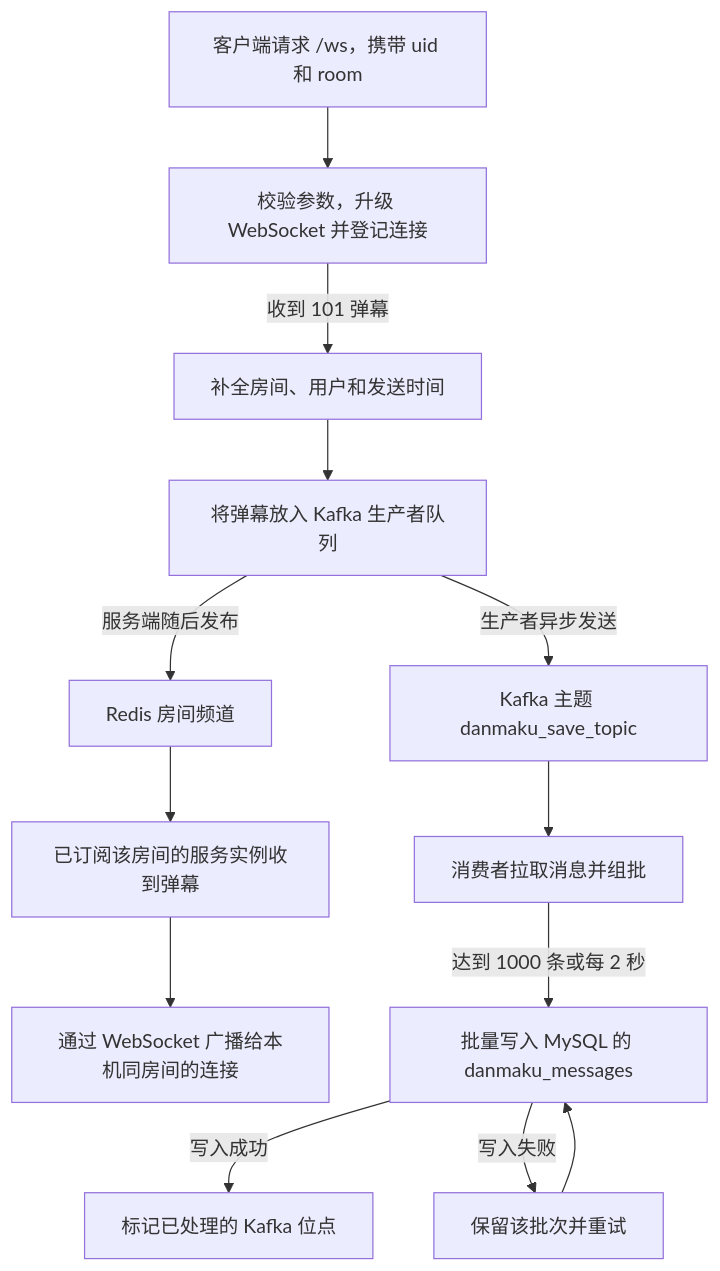
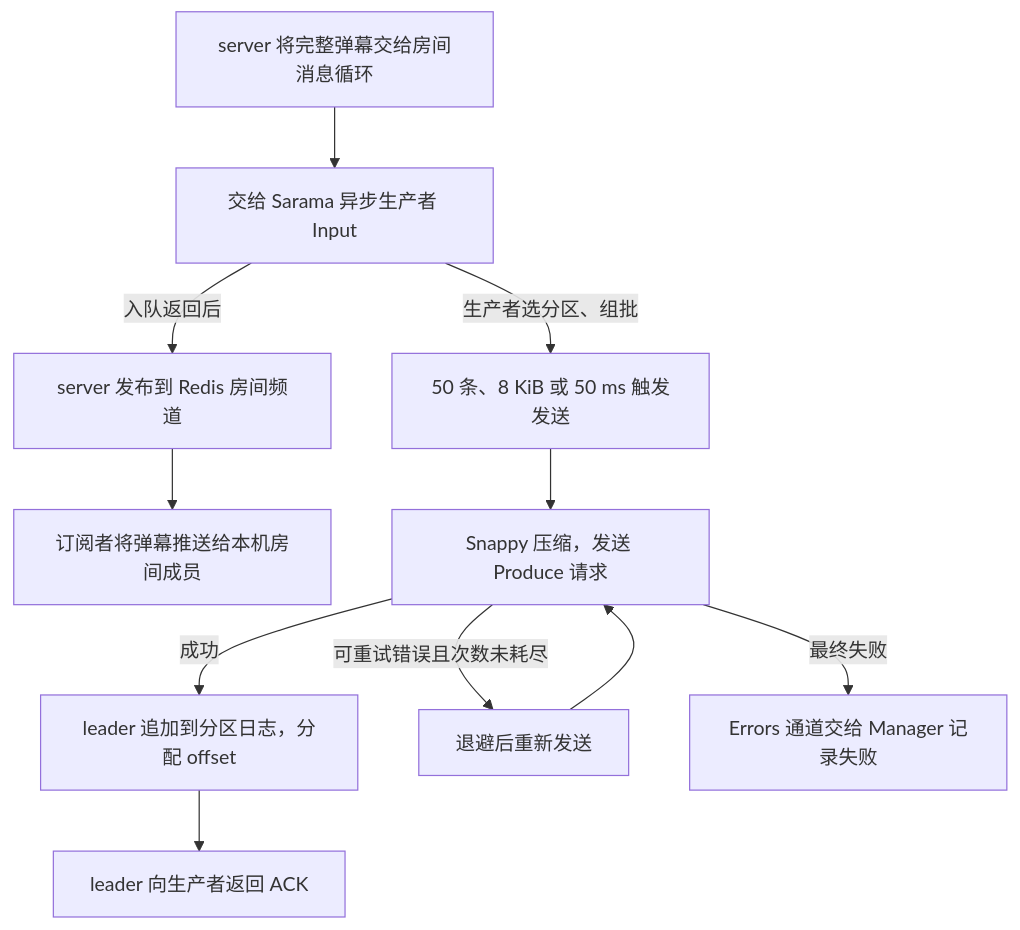
The second of 6 diagrams in README.md (JavaLyHn/DanmakuFlow), drawn with Mermaid before and after one commit. The commit also changed other lines of this file, not shown here.

Commit message:
docs: trace Kafka acknowledgments, offset commits and crash replay

````diff
--- a/README.md
+++ b/README.md
@@ -38,15 +39,13 @@
 ```mermaid
 flowchart TD
-    connect["客户端请求 /ws，携带 uid 和 room"] --> admit["校验参数，升级 WebSocket 并登记连接"]
-    admit -->|"收到 101 弹幕"| message["补全房间、用户和发送时间"]
-    message --> enqueue["将弹幕放入 Kafka 生产者队列"]
-    enqueue -->|"服务端随后发布"| channel["Redis 房间频道"]
-    channel --> relay["已订阅该房间的服务实例收到弹幕"]
-    relay --> display["通过 WebSocket 广播给本机同房间的连接"]
-    enqueue -->|"生产者异步发送"| topic["Kafka 主题 danmaku_save_topic"]
-    topic --> batch["消费者拉取消息并组批"]
-    batch -->|"达到 1000 条或每 2 秒"| write["批量写入 MySQL 的 danmaku_messages"]
-    write -->|"写入成功"| offset["标记已处理的 Kafka 位点"]
-    write -->|"写入失败"| retry["保留该批次并重试"]
-    retry --> write
+    msg["server 将完整弹幕交给房间消息循环"] --> input["交给 Sarama 异步生产者 Input"]
+    input -->|"入队返回后"| publish["server 发布到 Redis 房间频道"]
+    publish --> echo["订阅者将弹幕推送给本机房间成员"]
+    input -->|"生产者选分区、组批"| batch["50 条、8 KiB 或 50 ms 触发发送"]
+    batch --> send["Snappy 压缩，发送 Produce 请求"]
+    send -->|"成功"| appendLog["leader 追加到分区日志，分配 offset"]
+    appendLog --> ack["leader 向生产者返回 ACK"]
+    send -->|"可重试错误且次数未耗尽"| retry["退避后重新发送"]
+    retry --> send
+    send -->|"最终失败"| fail["Errors 通道交给 Manager 记录失败"]
 ```
````
